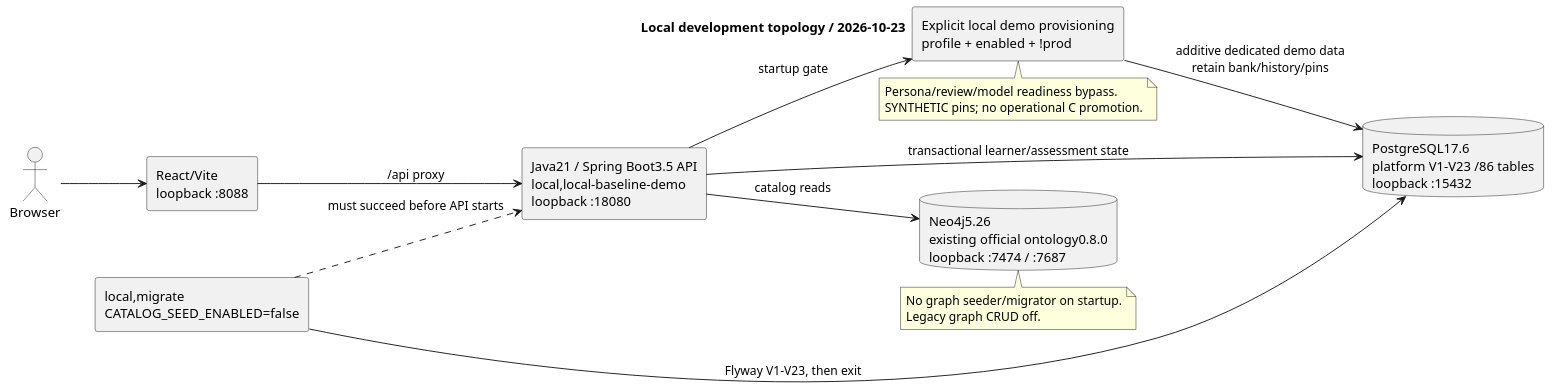
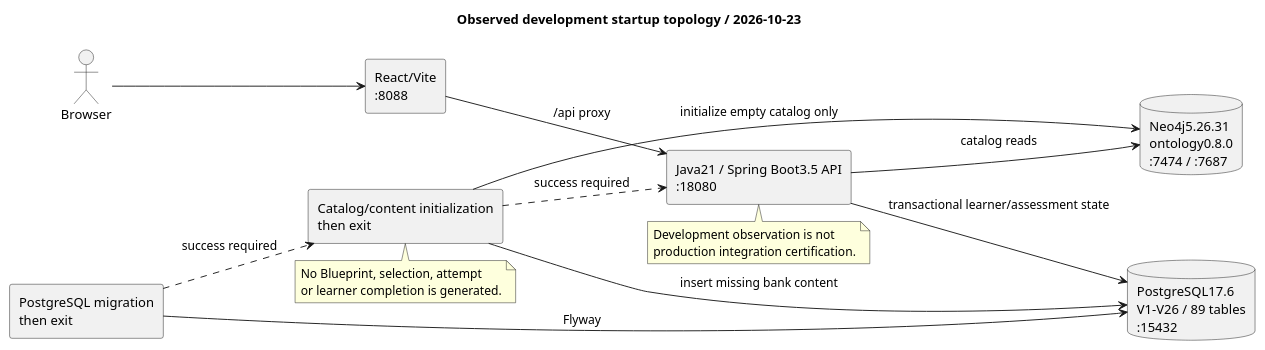
One commit to SEP490-Fall-2026-GFA26SE64/SEP490 changed the diagram in documents/diagrams/runtime-topology.puml. Above: the diagram before and after it, drawn with PlantUML. The commit also changed 28 other files, not shown here.

Commit message:
docs: refresh verified V26 schema and catalog diagrams

```diff
--- a/documents/diagrams/runtime-topology.puml
+++ b/documents/diagrams/runtime-topology.puml
@@ -1,30 +1,31 @@
 @startuml
 !pragma layout smetana
 left to right direction
 skinparam componentStyle rectangle
 skinparam shadowing false
-title Local development topology / 2026-10-23
+title Observed development startup topology / 2026-10-23
 actor Browser
-component "React/Vite\nloopback :8088" as Web
-component "Java21 / Spring Boot3.5 API\nlocal,local-baseline-demo\nloopback :18080" as API
-component "local,migrate\nCATALOG_SEED_ENABLED=false" as Migrate
-component "Explicit local demo provisioning\nprofile + enabled + !prod" as Demo
-database "PostgreSQL17.6\nplatform V1-V23 /86 tables\nloopback :15432" as PG
-database "Neo4j5.26\nexisting official ontology0.8.0\nloopback :7474 / :7687" as Graph
+component "React/Vite\n:8088" as Web
+component "Java21 / Spring Boot3.5 API\n:18080" as API
+component "PostgreSQL migration\nthen exit" as Migrate
+component "Catalog/content initialization\nthen exit" as Seed
+database "PostgreSQL17.6\nV1-V26 / 89 tables\n:15432" as PG
+database "Neo4j5.26.31\nontology0.8.0\n:7474 / :7687" as Graph
 Browser --> Web
 Web --> API : /api proxy
-Migrate --> PG : Flyway V1-V23, then exit
-Migrate ..> API : must succeed before API starts
+Migrate --> PG : Flyway
+Migrate ..> Seed : success required
+Seed --> Graph : initialize empty catalog only
+Seed --> PG : insert missing bank content
+Seed ..> API : success required
 API --> PG : transactional learner/assessment state
 API --> Graph : catalog reads
-API --> Demo : startup gate
-Demo --> PG : additive dedicated demo data\nretain bank/history/pins
-note bottom of Graph
-No graph seeder/migrator on startup.
-Legacy graph CRUD off.
+note bottom of Seed
+No Blueprint, selection, attempt
+or learner completion is generated.
 end note
-note bottom of Demo
-Persona/review/model readiness bypass.
-SYNTHETIC pins; no operational C promotion.
+note bottom of API
+Development observation is not
+production integration certification.
 end note
 @enduml
```
